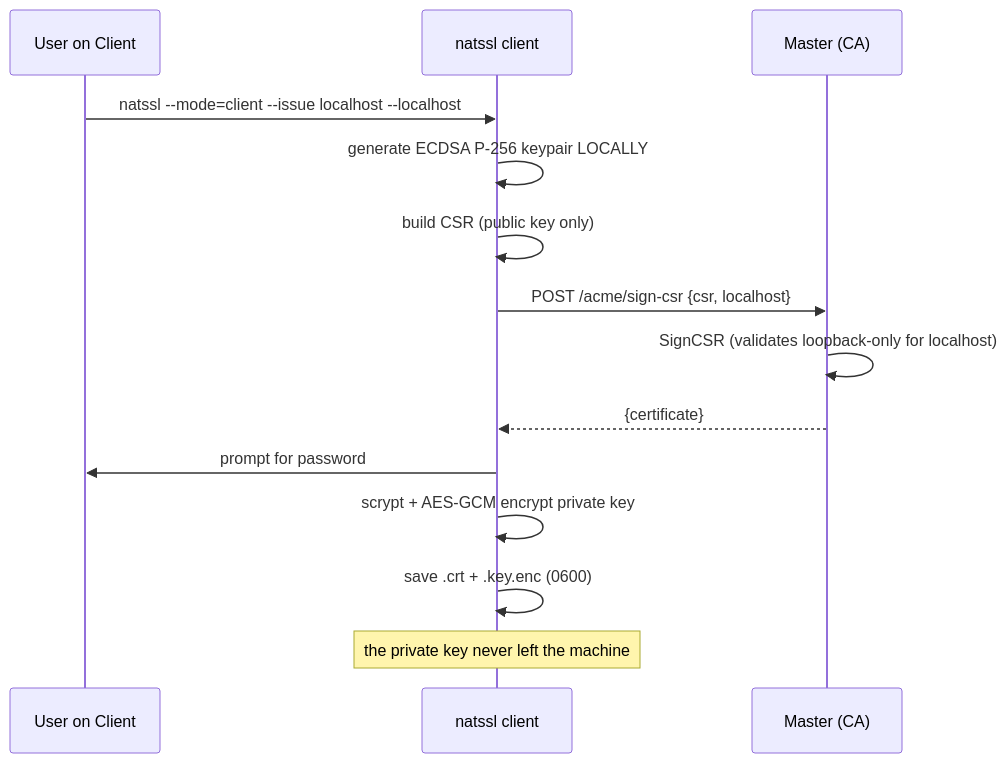
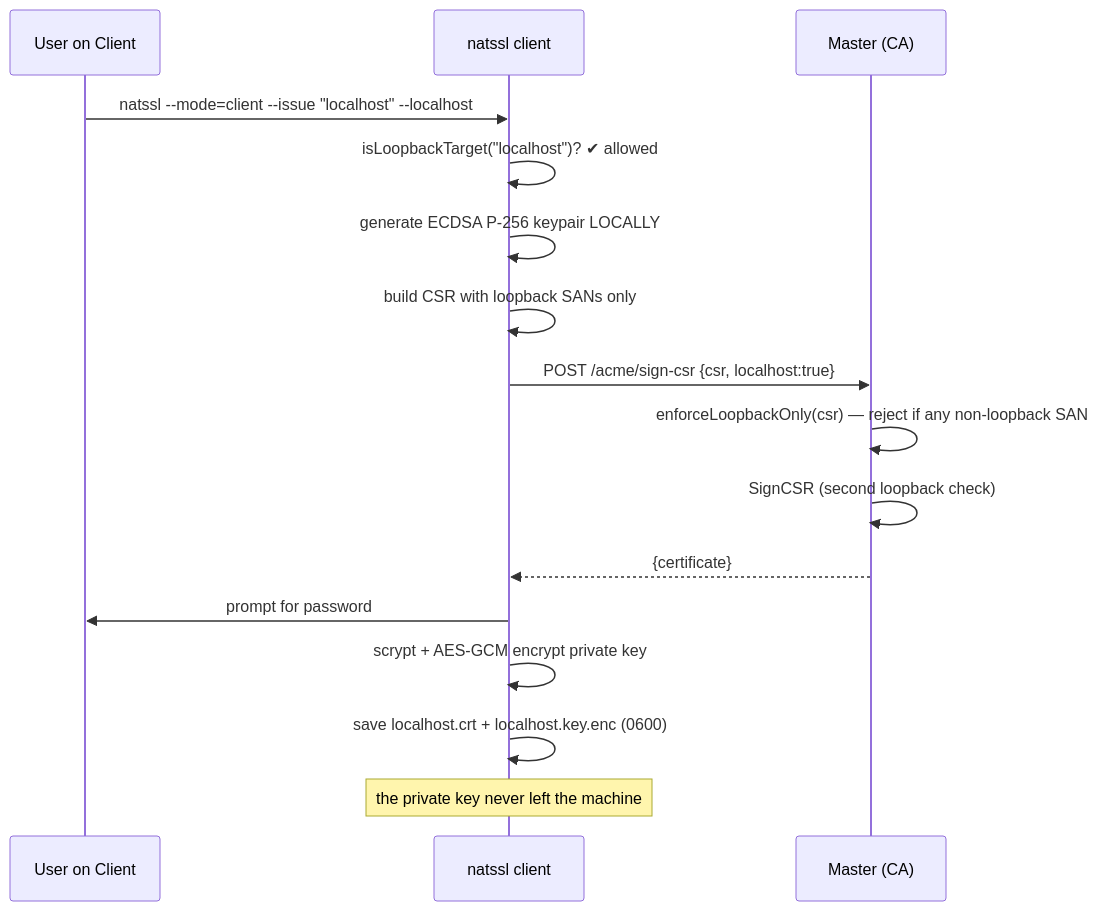
Before and after one commit to iskyneon/natssl: the second of 4 diagrams in docs/DEPLOYMENT.md, drawn with Mermaid. The commit also changed other lines of this file and 4 other files, not shown here.

````diff
--- a/docs/DEPLOYMENT.md
+++ b/docs/DEPLOYMENT.md
@@ -95,16 +128,19 @@
 ```mermaid
 sequenceDiagram
     participant U as User on Client
     participant C as natssl client
     participant M as Master (CA)
-    U->>C: natssl --mode=client --issue localhost --localhost
+
+    U->>C: natssl --mode=client --issue "localhost" --localhost
+    C->>C: isLoopbackTarget("localhost")? ✔ allowed
     C->>C: generate ECDSA P-256 keypair LOCALLY
-    C->>C: build CSR (public key only)
-    C->>M: POST /acme/sign-csr {csr, localhost}
-    M->>M: SignCSR (validates loopback-only for localhost)
+    C->>C: build CSR with loopback SANs only
+    C->>M: POST /acme/sign-csr {csr, localhost:true}
+    M->>M: enforceLoopbackOnly(csr) — reject if any non-loopback SAN
+    M->>M: SignCSR (second loopback check)
     M-->>C: {certificate}
     C->>U: prompt for password
     C->>C: scrypt + AES-GCM encrypt private key
-    C->>C: save .crt + .key.enc (0600)
+    C->>C: save localhost.crt + localhost.key.enc (0600)
     Note over C: the private key never left the machine
 ```
````
